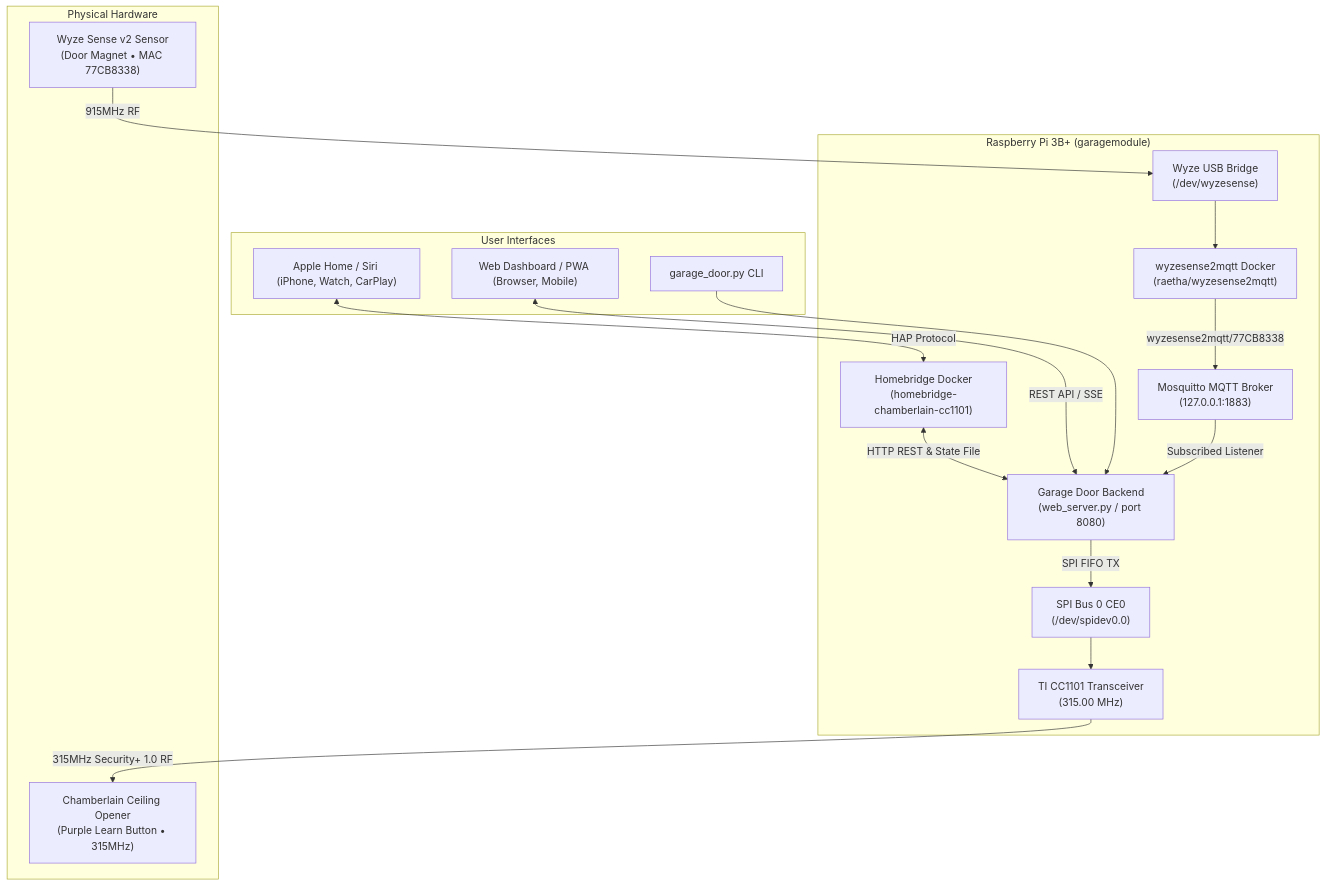
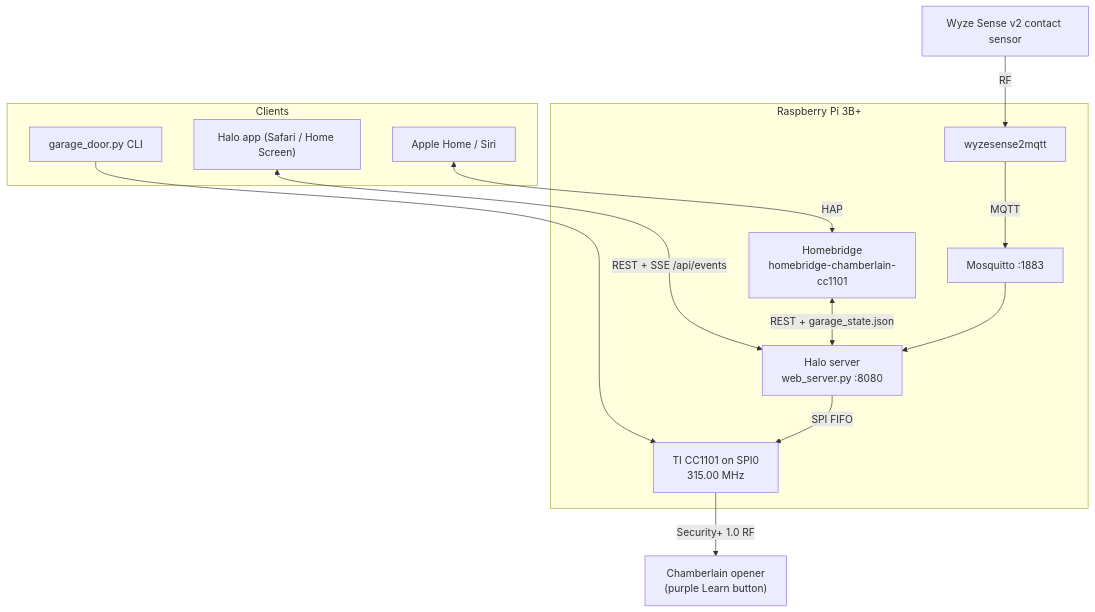
The diagram in README.md (Izem07/Garage-Door-Opener-Cloner), drawn with Mermaid before and after one commit. The commit also changed other lines of this file and 18 other files, not shown here.

````diff
--- a/README.md
+++ b/README.md
@@ -22,35 +26,26 @@
 ```mermaid
 flowchart TD
-    subgraph UI ["User Interfaces"]
-        iOS["Apple Home / Siri (iPhone, Watch, CarPlay)"]
-        Web["Web Dashboard / PWA (Browser, Mobile)"]
+    subgraph UI ["Clients"]
+        App["Halo app (Safari / Home Screen)"]
+        iOS["Apple Home / Siri"]
         CLI["garage_door.py CLI"]
     end
 
-    subgraph Hub ["Raspberry Pi 3B+ (garagemodule)"]
-        HB["Homebridge Docker\n(homebridge-chamberlain-cc1101)"]
-        GDO["Garage Door Backend\n(web_server.py / port 8080)"]
-        MQTT["Mosquitto MQTT Broker\n(127.0.0.1:1883)"]
-        W2M["wyzesense2mqtt Docker\n(raetha/wyzesense2mqtt)"]
-        SPI["SPI Bus 0 CE0\n(/dev/spidev0.0)"]
-        USB["Wyze USB Bridge\n(/dev/wyzesense)"]
-        CC["TI CC1101 Transceiver\n(315.00 MHz)"]
+    subgraph Pi ["Raspberry Pi 3B+"]
+        Halo["Halo server<br/>web_server.py :8080"]
+        HB["Homebridge<br/>homebridge-chamberlain-cc1101"]
+        MQTT["Mosquitto :1883"]
+        W2M["wyzesense2mqtt"]
+        CC["TI CC1101 on SPI0<br/>315.00 MHz"]
     end
 
-    subgraph Hardware ["Physical Hardware"]
-        Opener["Chamberlain Ceiling Opener\n(Purple Learn Button • 315MHz)"]
-        Sensor["Wyze Sense v2 Sensor\n(Door Magnet • MAC 77CB8338)"]
-    end
+    Opener["Chamberlain opener<br/>(purple Learn button)"]
+    Sensor["Wyze Sense v2 contact sensor"]
 
-    iOS <-->|HAP Protocol| HB
-    HB <-->|HTTP REST & State File| GDO
-    Web <-->|REST API / SSE| GDO
-    CLI --> GDO
-
-    GDO -->|SPI FIFO TX| SPI --> CC
-    CC -->|315MHz Security+ 1.0 RF| Opener
-
-    Sensor -->|915MHz RF| USB --> W2M
-    W2M -->|wyzesense2mqtt/77CB8338| MQTT
-    MQTT -->|Subscribed Listener| GDO
+    App <-->|REST + SSE /api/events| Halo
+    iOS <-->|HAP| HB
+    HB <-->|REST + garage_state.json| Halo
+    CLI --> CC
+    Halo -->|SPI FIFO| CC -->|Security+ 1.0 RF| Opener
+    Sensor -->|RF| W2M -->|MQTT| MQTT --> Halo
 ```
````
